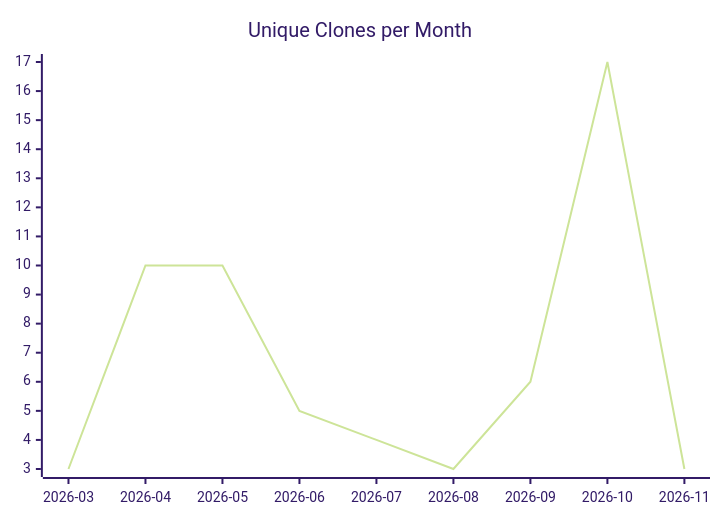
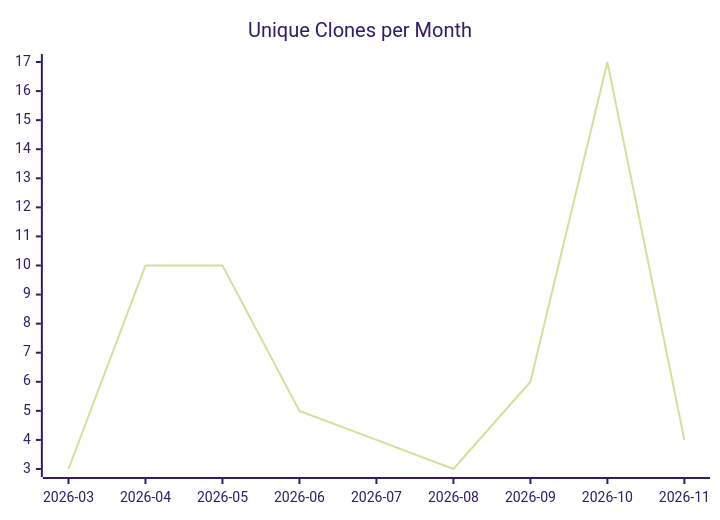
The third of 3 diagrams in karlmdavis/can-i-kayak-baltimore/README.md (justdavis-family/github-analytics-data), drawn with Mermaid (forest theme) before and after one commit. The commit also changed other lines of this file and 193 other files, not shown here.

````diff
--- a/karlmdavis/can-i-kayak-baltimore/README.md
+++ b/karlmdavis/can-i-kayak-baltimore/README.md
@@ -19,6 +19,6 @@
 ```mermaid
 xychart-beta
   title "Unique Clones per Month"
   x-axis ["2026-03", "2026-04", "2026-05", "2026-06", "2026-07", "2026-08", "2026-09", "2026-10", "2026-11"]
-  line [3, 10, 10, 5, 4, 3, 6, 17, 3]
+  line [3, 10, 10, 5, 4, 3, 6, 17, 4]
 ```
````
